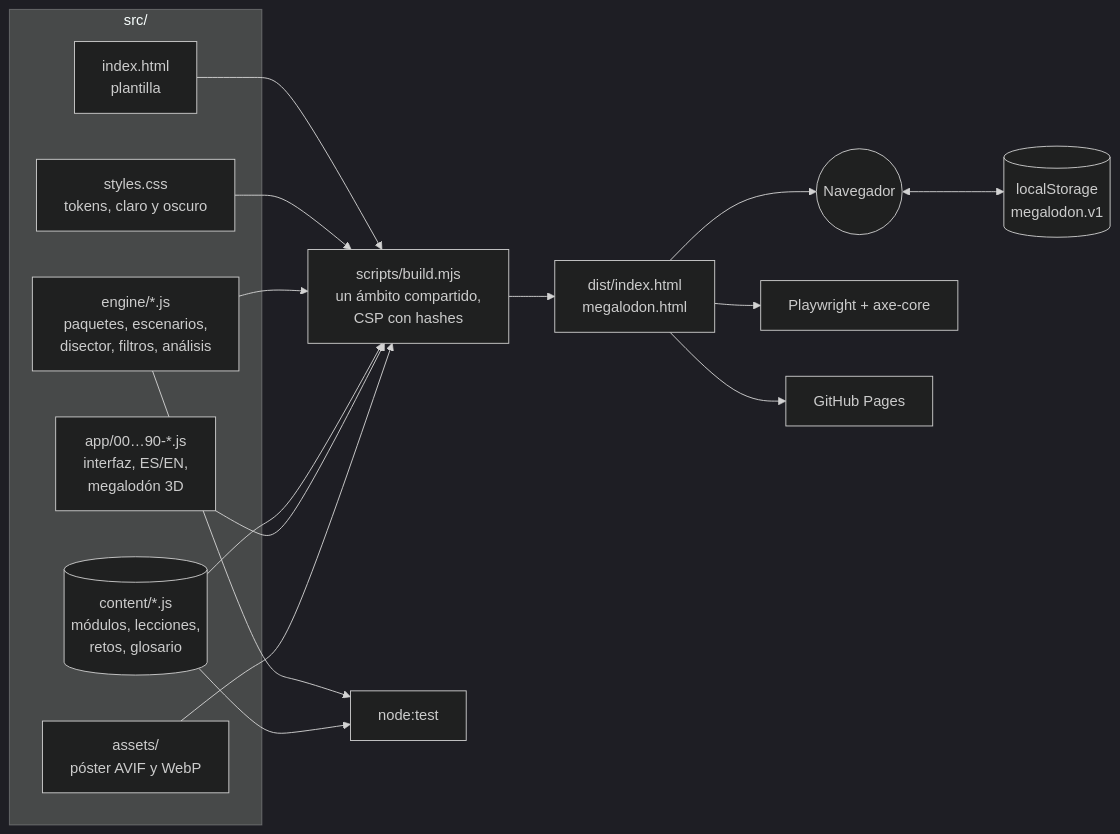
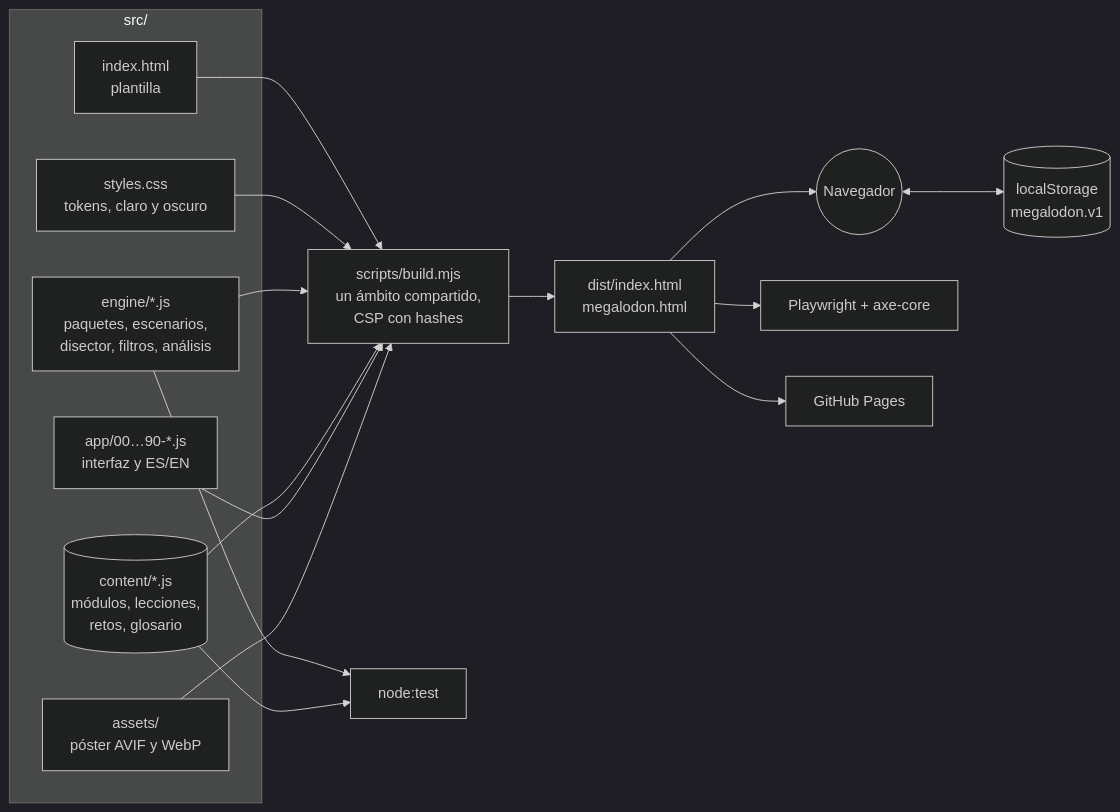
The second of 2 diagrams in README.md (heindall92/megalodon), drawn with Mermaid (dark theme) before and after one commit. The commit also changed other lines of this file and 29 other files, not shown here.

````diff
--- a/README.md
+++ b/README.md
@@ -356,18 +331,18 @@
 ```mermaid
 flowchart LR
     subgraph SRC[src/]
       T[index.html<br/>plantilla]
       C[styles.css<br/>tokens, claro y oscuro]
       E[engine/*.js<br/>paquetes, escenarios,<br/>disector, filtros, análisis]
       K[(content/*.js<br/>módulos, lecciones,<br/>retos, glosario)]
-      A[app/00…90-*.js<br/>interfaz, ES/EN,<br/>megalodón 3D]
+      A[app/00…90-*.js<br/>interfaz y ES/EN]
       I[assets/<br/>póster AVIF y WebP]
     end
     T & C & E & K & A & I --> B[scripts/build.mjs<br/>un ámbito compartido,<br/>CSP con hashes]
     B --> H[dist/index.html<br/>megalodon.html]
     H --> N((Navegador))
     N <--> LS[(localStorage<br/>megalodon.v1)]
     E & K --> TN[node:test]
     H --> PW[Playwright + axe-core]
     H --> GP[GitHub Pages]
 ```
````
